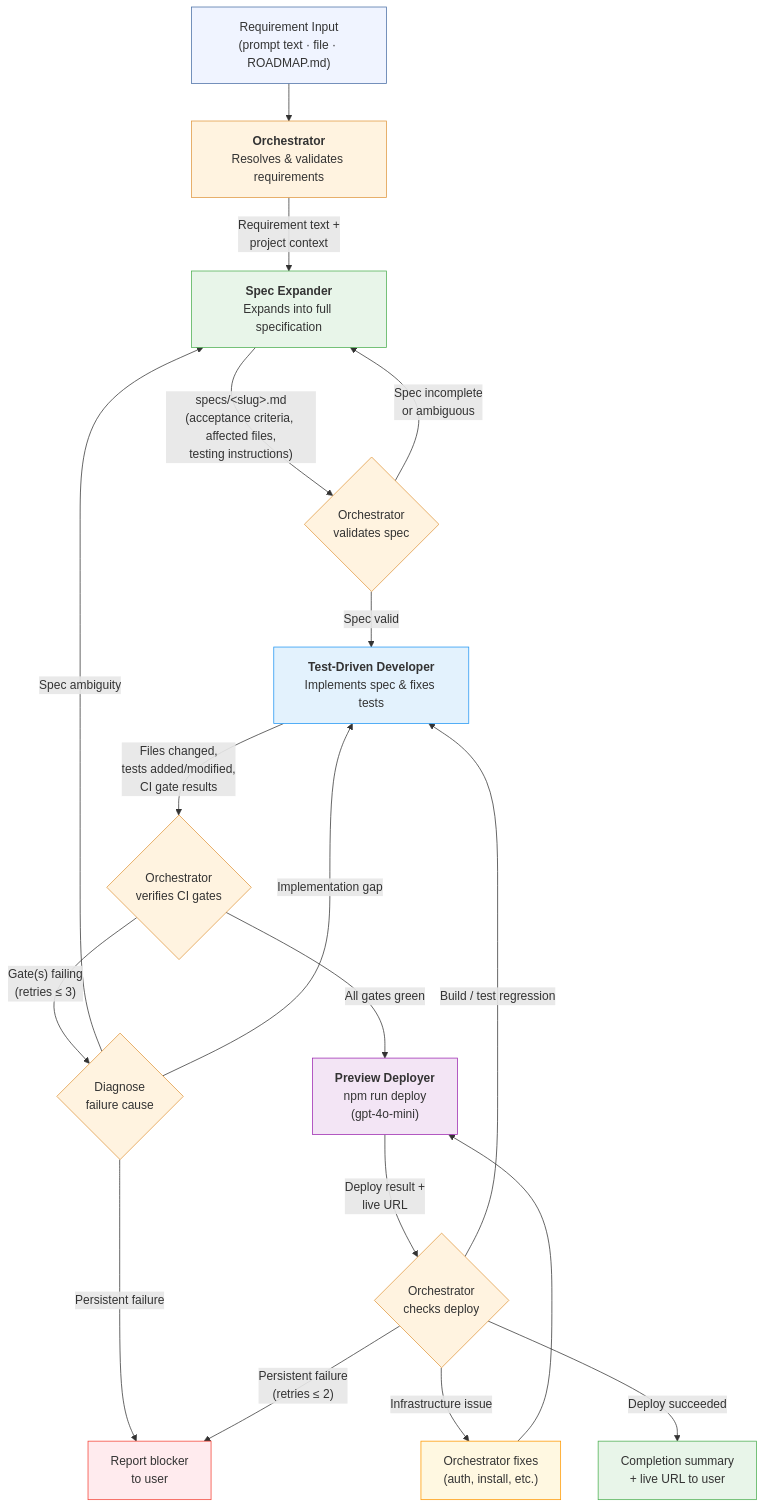
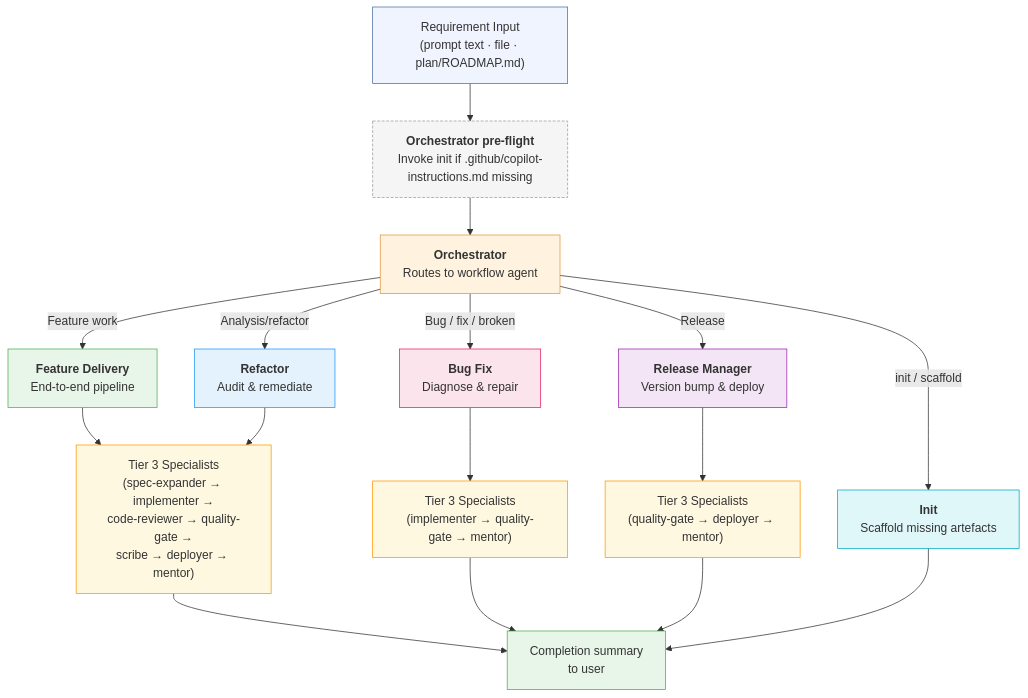
One commit to sleeke/fun-scraper changed the diagram in .github/agents/README.md. Above: the diagram before and after it, drawn with Mermaid. The commit also changed other lines of this file and 20 other files, not shown here.

First line of the commit message:
chore: sync agent folders from copilot-agents init branch

````diff
--- a/.github/agents/README.md
+++ b/.github/agents/README.md
@@ -22,43 +50,36 @@
 ```mermaid
 flowchart TD
-    A["Requirement Input<br/>(prompt text · file · ROADMAP.md)"] --> B["<b>Orchestrator</b><br/>Resolves &amp; validates requirements"]
+    A["Requirement Input<br/>(prompt text · file · plan/ROADMAP.md)"] --> PRE["<b>Orchestrator pre-flight</b><br/>Invoke init if .github/copilot-instructions.md missing"]
+    PRE --> B["<b>Orchestrator</b><br/>Routes to workflow agent"]
 
-    B -->|"Requirement text +<br/>project context"| C["<b>Spec Expander</b><br/>Expands into full specification"]
+    B -->|"Feature work"| C["<b>Feature Delivery</b><br/>End-to-end pipeline"]
+    B -->|"Bug / fix / broken"| BF["<b>Bug Fix</b><br/>Diagnose &amp; repair"]
+    B -->|"Analysis/refactor"| D["<b>Refactor</b><br/>Audit &amp; remediate"]
+    B -->|"Release"| E["<b>Release Manager</b><br/>Version bump &amp; deploy"]
+    B -->|"init / scaffold"| I["<b>Init</b><br/>Scaffold missing artefacts"]
 
-    C -->|"specs/&lt;slug&gt;.md<br/>(acceptance criteria, affected files,<br/>testing instructions)"| D{"Orchestrator<br/>validates spec"}
+    C --> F["Tier 3 Specialists<br/>(spec-expander → implementer →<br/>code-reviewer → quality-gate →<br/>scribe → deployer → mentor)"]
 
-    D -->|"Spec incomplete<br/>or ambiguous"| C
-    D -->|"Spec valid"| E["<b>Test-Driven Developer</b><br/>Implements spec &amp; fixes tests"]
+    BF --> FB["Tier 3 Specialists<br/>(implementer → quality-gate → mentor)"]
 
-    E -->|"Files changed,<br/>tests added/modified,<br/>CI gate results"| F{"Orchestrator<br/>verifies CI gates"}
+    D --> F
+    E --> G["Tier 3 Specialists<br/>(quality-gate → deployer → mentor)"]
 
-    F -->|"Gate(s) failing<br/>(retries ≤ 3)"| G{"Diagnose<br/>failure cause"}
-
-    G -->|"Spec ambiguity"| C
-    G -->|"Implementation gap"| E
-    G -->|"Persistent failure"| H["Report blocker<br/>to user"]
-
-    F -->|"All gates green"| J["<b>Preview Deployer</b><br/>npm run deploy<br/>(gpt-4o-mini)"]
-
-    J -->|"Deploy result +<br/>live URL"| K{"Orchestrator<br/>checks deploy"}
-
-    K -->|"Build / test regression"| E
-    K -->|"Infrastructure issue"| L["Orchestrator fixes<br/>(auth, install, etc.)"]
-    L --> J
-    K -->|"Persistent failure<br/>(retries ≤ 2)"| H
-
-    K -->|"Deploy succeeded"| I["Completion summary<br/>+ live URL to user"]
+    F --> H["Completion summary<br/>to user"]
+    FB --> H
+    G --> H
+    I --> H
 
     style A fill:#f0f4ff,stroke:#4a6fa5
+    style PRE fill:#f5f5f5,stroke:#9e9e9e,stroke-dasharray:4 2
     style B fill:#fff3e0,stroke:#e09840
     style C fill:#e8f5e9,stroke:#4caf50
-    style D fill:#fff3e0,stroke:#e09840
-    style E fill:#e3f2fd,stroke:#2196f3
-    style F fill:#fff3e0,stroke:#e09840
-    style G fill:#fff3e0,stroke:#e09840
-    style H fill:#ffebee,stroke:#f44336
-    style I fill:#e8f5e9,stroke:#4caf50
-    style J fill:#f3e5f5,stroke:#9c27b0
-    style K fill:#fff3e0,stroke:#e09840
-    style L fill:#fff8e1,stroke:#ff9800
+    style BF fill:#fce4ec,stroke:#e91e63
+    style D fill:#e3f2fd,stroke:#2196f3
+    style E fill:#f3e5f5,stroke:#9c27b0
+    style I fill:#e0f7fa,stroke:#00acc1
+    style F fill:#fff8e1,stroke:#ff9800
+    style FB fill:#fff8e1,stroke:#ff9800
+    style G fill:#fff8e1,stroke:#ff9800
+    style H fill:#e8f5e9,stroke:#4caf50
 ```
````
